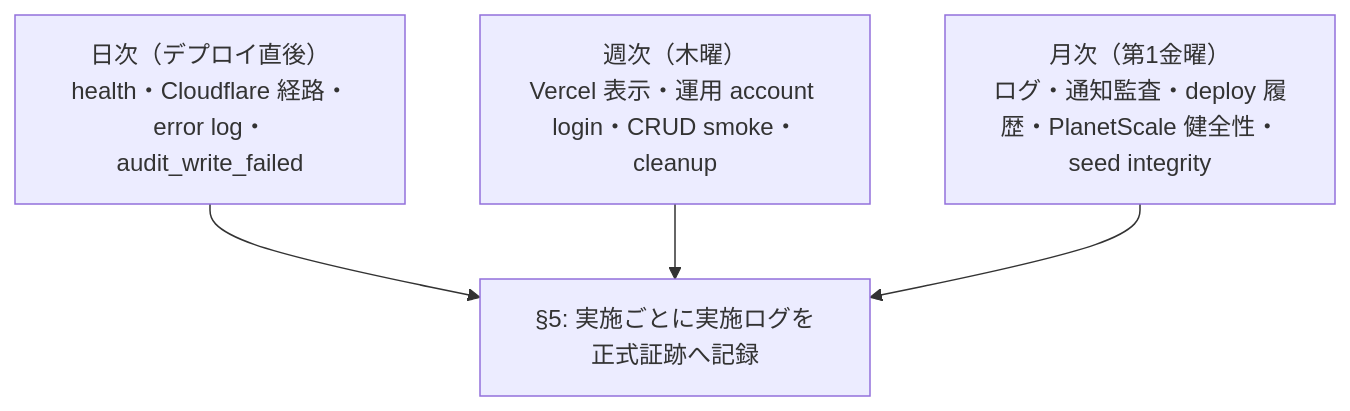
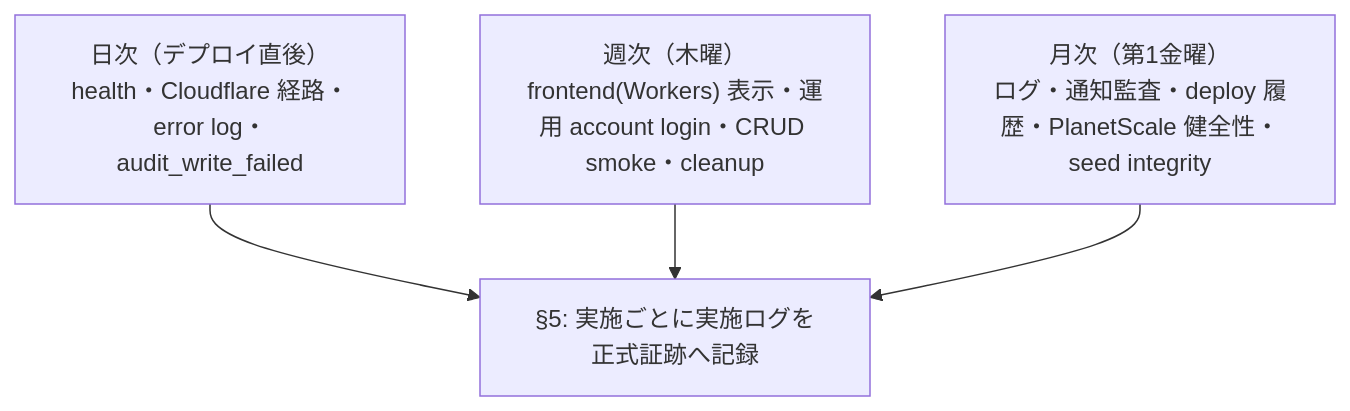
One commit to MinoruSoga/AnimalEkarte changed the diagram in docs/ops/deploy/STG-CONTINUOUS-OPERATIONS.md. Above: the diagram before and after it, drawn with Mermaid. The commit also changed other lines of this file and 5 other files, not shown here.

First line of the commit message:
docs(ops): STG frontend の Cloudflare Workers 移行に運用ドキュメントを追随

````diff
--- a/docs/ops/deploy/STG-CONTINUOUS-OPERATIONS.md
+++ b/docs/ops/deploy/STG-CONTINUOUS-OPERATIONS.md
@@ -29,9 +29,9 @@
 ```mermaid
 flowchart TB
   D["日次（デプロイ直後）<br/>health・Cloudflare 経路・error log・audit_write_failed"]
-  W["週次（木曜）<br/>Vercel 表示・運用 account login・CRUD smoke・cleanup"]
+  W["週次（木曜）<br/>frontend(Workers) 表示・運用 account login・CRUD smoke・cleanup"]
   M["月次（第1金曜）<br/>ログ・通知監査・deploy 履歴・PlanetScale 健全性・seed integrity"]
   D --> L["§5: 実施ごとに実施ログを正式証跡へ記録"]
   W --> L
   M --> L
 ```
````
